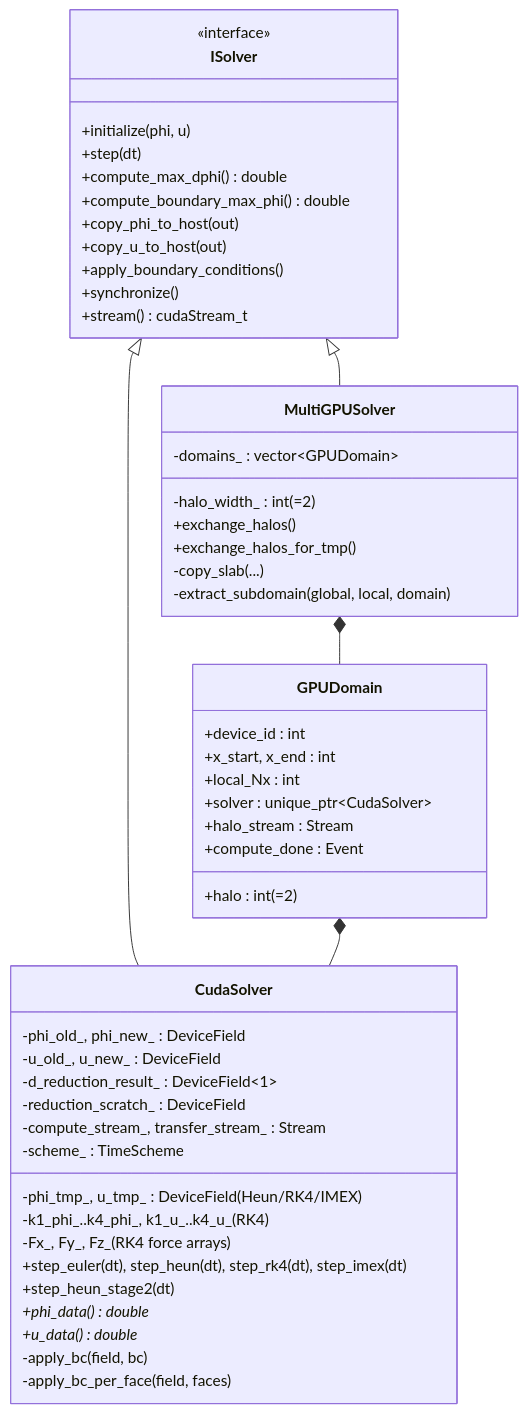
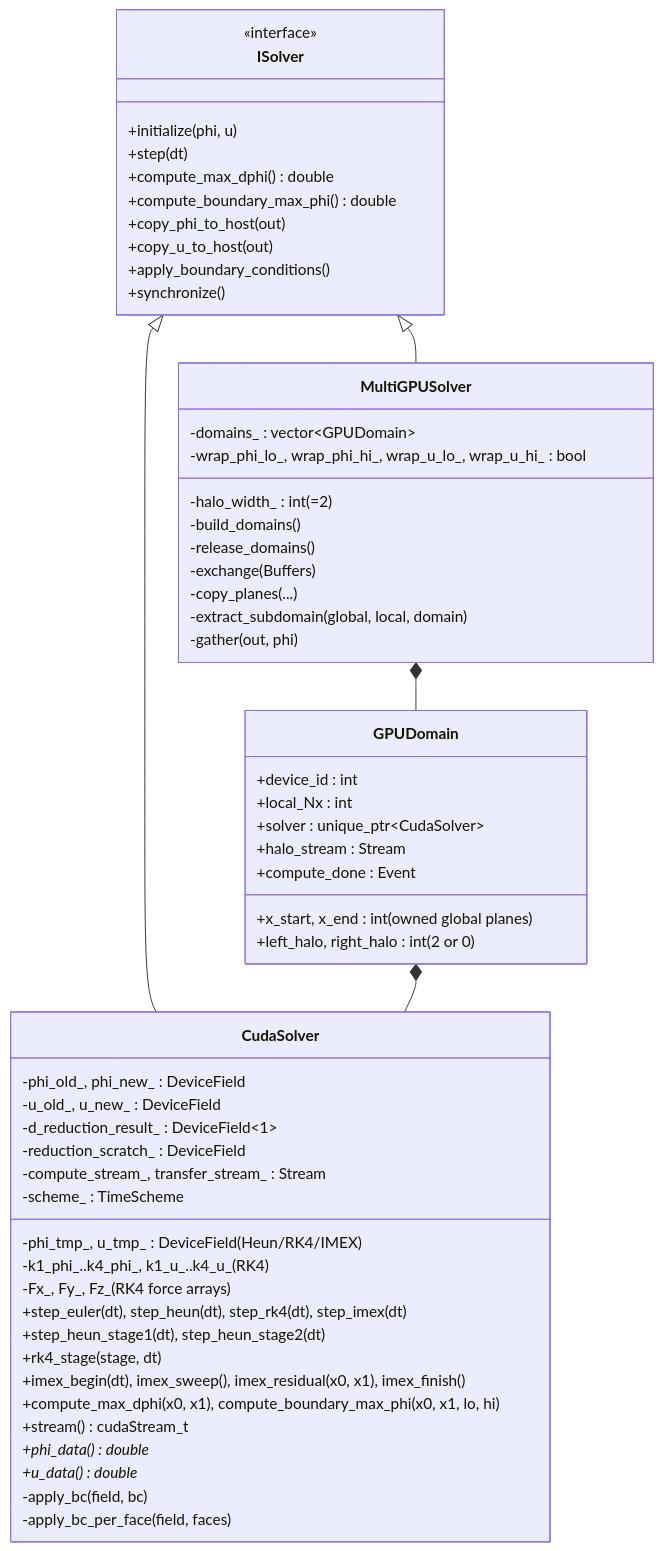
The fourth of 9 diagrams in docs/ARCHITECTURE.md (myousefi2016/Allen-Cahn-CUDA), drawn with Mermaid before and after one commit. The commit also changed other lines of this file and 14 other files, not shown here.

````diff
--- a/docs/ARCHITECTURE.md
+++ b/docs/ARCHITECTURE.md
@@ -194,57 +195,63 @@
 ```mermaid
 classDiagram
     class ISolver {
         <<interface>>
         +initialize(phi, u)
         +step(dt)
         +compute_max_dphi() double
         +compute_boundary_max_phi() double
         +copy_phi_to_host(out)
         +copy_u_to_host(out)
         +apply_boundary_conditions()
         +synchronize()
-        +stream() cudaStream_t
     }
 
     class CudaSolver {
         -phi_old_, phi_new_ : DeviceField
         -u_old_, u_new_ : DeviceField
         -phi_tmp_, u_tmp_ : DeviceField  (Heun/RK4/IMEX)
         -k1_phi_..k4_phi_, k1_u_..k4_u_  (RK4)
         -Fx_, Fy_, Fz_                    (RK4 force arrays)
         -d_reduction_result_ : DeviceField~1~
         -reduction_scratch_  : DeviceField
         -compute_stream_, transfer_stream_ : Stream
         -scheme_ : TimeScheme
         +step_euler(dt), step_heun(dt), step_rk4(dt), step_imex(dt)
-        +step_heun_stage2(dt)
+        +step_heun_stage1(dt), step_heun_stage2(dt)
+        +rk4_stage(stage, dt)
+        +imex_begin(dt), imex_sweep(), imex_residual(x0, x1), imex_finish()
+        +compute_max_dphi(x0, x1), compute_boundary_max_phi(x0, x1, lo, hi)
+        +stream() cudaStream_t
         +phi_data() double*
         +u_data() double*
         -apply_bc(field, bc)
         -apply_bc_per_face(field, faces)
     }
 
     class MultiGPUSolver {
         -domains_ : vector~GPUDomain~
         -halo_width_ : int (=2)
-        +exchange_halos()
-        +exchange_halos_for_tmp()
-        -copy_slab(...)
+        -wrap_phi_lo_, wrap_phi_hi_, wrap_u_lo_, wrap_u_hi_ : bool
+        -build_domains()
+        -release_domains()
+        -exchange(Buffers)
+        -copy_planes(...)
         -extract_subdomain(global, local, domain)
+        -gather(out, phi)
     }
 
     class GPUDomain {
         +device_id : int
-        +x_start, x_end : int
+        +x_start, x_end : int (owned global planes)
+        +left_halo, right_halo : int (2 or 0)
         +local_Nx : int
-        +halo : int (=2)
         +solver : unique_ptr~CudaSolver~
         +halo_stream : Stream
         +compute_done : Event
     }
 
     ISolver <|-- CudaSolver
     ISolver <|-- MultiGPUSolver
     MultiGPUSolver *-- GPUDomain
     GPUDomain *-- CudaSolver
 ```
````
